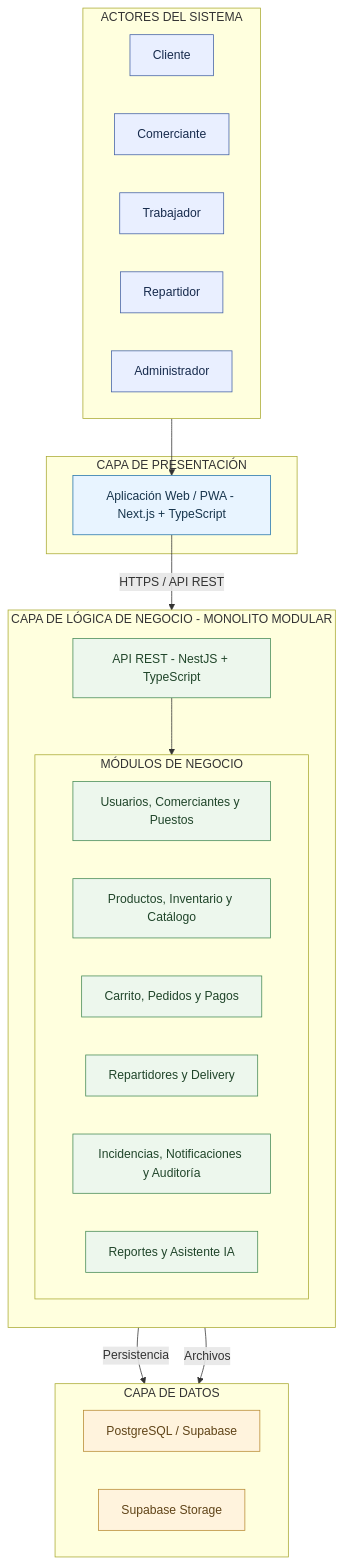
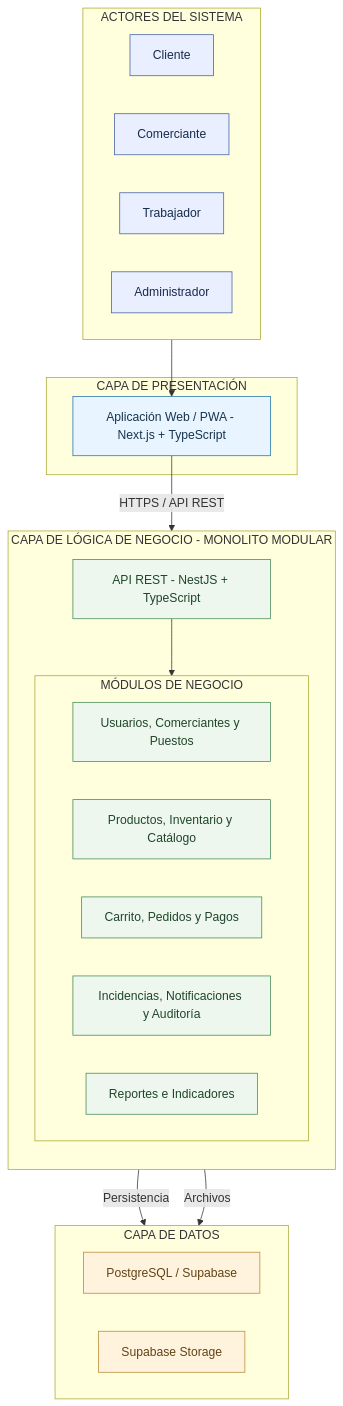
One commit to DheanFernandez/mercado-multivendedor changed the diagram in arquitectura/estilo-arquitectonico.md. Above: the diagram before and after it, drawn with Mermaid. The commit also changed other lines of this file and 13 other files, not shown here.

Commit message:
docs: eliminar modulo de IA y delivery del marketplace

````diff
--- a/arquitectura/estilo-arquitectonico.md
+++ b/arquitectura/estilo-arquitectonico.md
@@ -104,54 +101,52 @@
 ```mermaid
 flowchart TB
 
     subgraph ACT["ACTORES DEL SISTEMA"]
         direction LR
         CL["Cliente"]
         CO["Comerciante"]
         TR["Trabajador"]
-        RE["Repartidor"]
         AD["Administrador"]
     end
 
     subgraph PRE["CAPA DE PRESENTACIÓN"]
         WEB["Aplicación Web / PWA - Next.js + TypeScript"]
     end
 
     subgraph NEG["CAPA DE LÓGICA DE NEGOCIO - MONOLITO MODULAR"]
         direction TB
 
         API["API REST - NestJS + TypeScript"]
 
         subgraph MOD["MÓDULOS DE NEGOCIO"]
             direction LR
             ID["Usuarios, Comerciantes y Puestos"]
             COM["Productos, Inventario y Catálogo"]
             PED["Carrito, Pedidos y Pagos"]
-            DEL["Repartidores y Delivery"]
             SER["Incidencias, Notificaciones y Auditoría"]
-            REP["Reportes y Asistente IA"]
+            REP["Reportes e Indicadores"]
         end
     end
 
     subgraph DAT["CAPA DE DATOS"]
         direction LR
         DB["PostgreSQL / Supabase"]
         ST["Supabase Storage"]
     end
 
     ACT --> WEB
     WEB -->|"HTTPS / API REST"| API
     API --> MOD
     MOD -->|"Persistencia"| DB
     MOD -->|"Archivos"| ST
 
     classDef actor fill:#e9efff,stroke:#4361a5,color:#172b4d
     classDef frontend fill:#e8f4ff,stroke:#2374ab,color:#17354d
     classDef backend fill:#edf7ed,stroke:#458a55,color:#20452a
     classDef data fill:#fff3dd,stroke:#b88a34,color:#604418
 
-    class CL,CO,TR,RE,AD actor
+    class CL,CO,TR,AD actor
     class WEB frontend
-    class API,ID,COM,PED,DEL,SER,REP backend
+    class API,ID,COM,PED,SER,REP backend
     class DB,ST data
 ```
````
